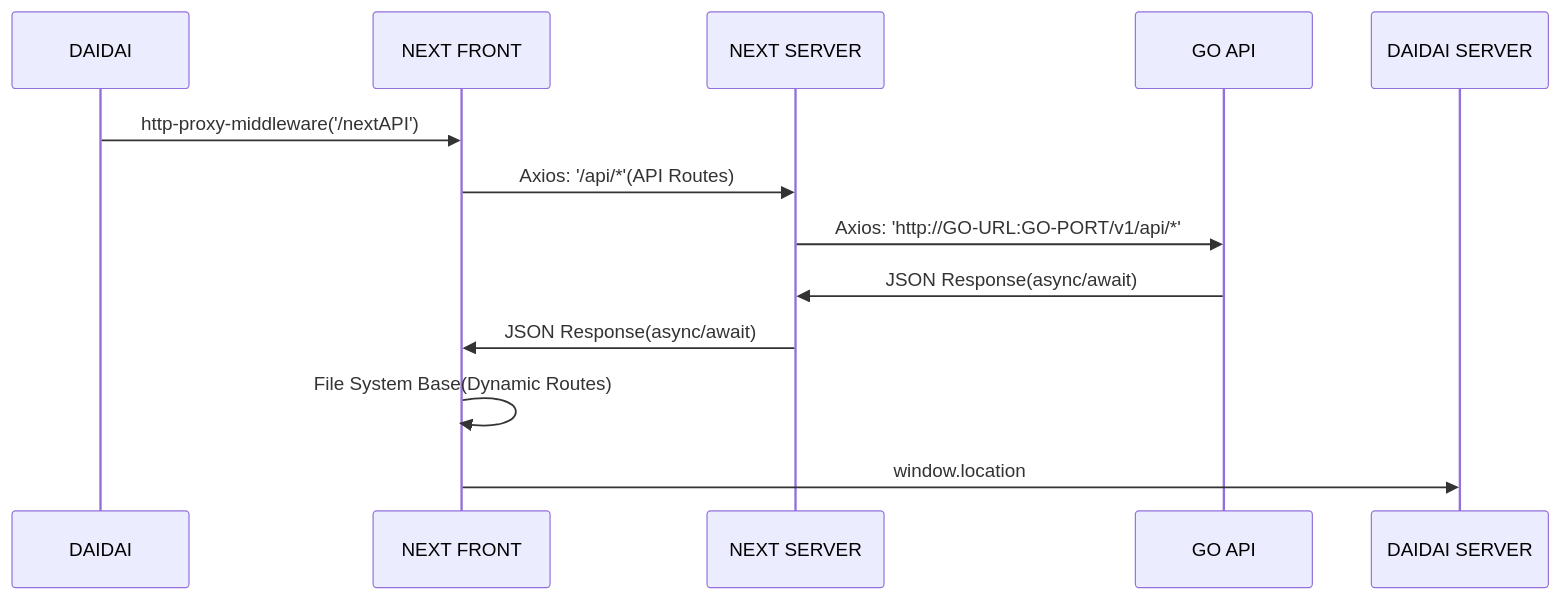
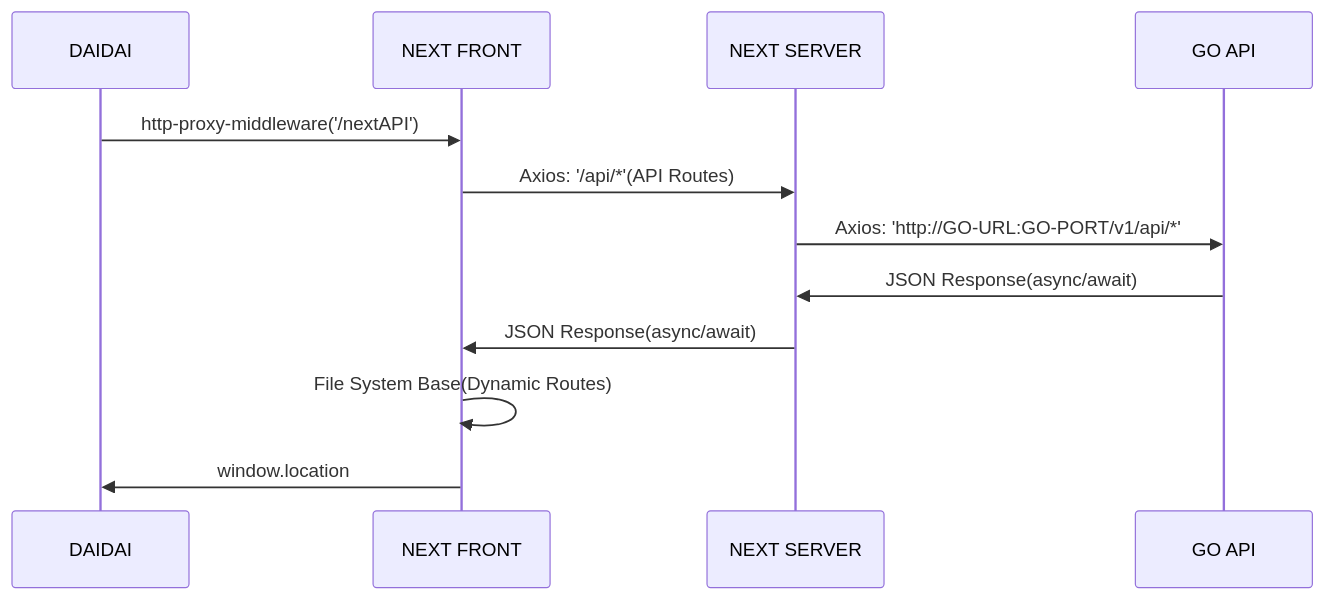
Before and after one commit to popCain/reactLearn: the diagram in communication.md, drawn with Mermaid.

````diff
--- a/communication.md
+++ b/communication.md
@@ -3,14 +3,14 @@
 ```mermaid
 sequenceDiagram
     participant DAIDAI 
     participant NEXT FRONT
     participant NEXT SERVER
     participant GO API
     DAIDAI->>NEXT FRONT: http-proxy-middleware('/nextAPI')
     NEXT FRONT->>NEXT SERVER: Axios: '/api/*'(API Routes)
     NEXT SERVER->>GO API: Axios: 'http://GO-URL:GO-PORT/v1/api/*'
     GO API->>NEXT SERVER: JSON Response(async/await)
     NEXT SERVER->>NEXT FRONT: JSON Response(async/await)
     NEXT FRONT->>NEXT FRONT: File System Base(Dynamic Routes)
-    NEXT FRONT->>DAIDAI SERVER: window.location
+    NEXT FRONT->>DAIDAI: window.location
 ```
````
